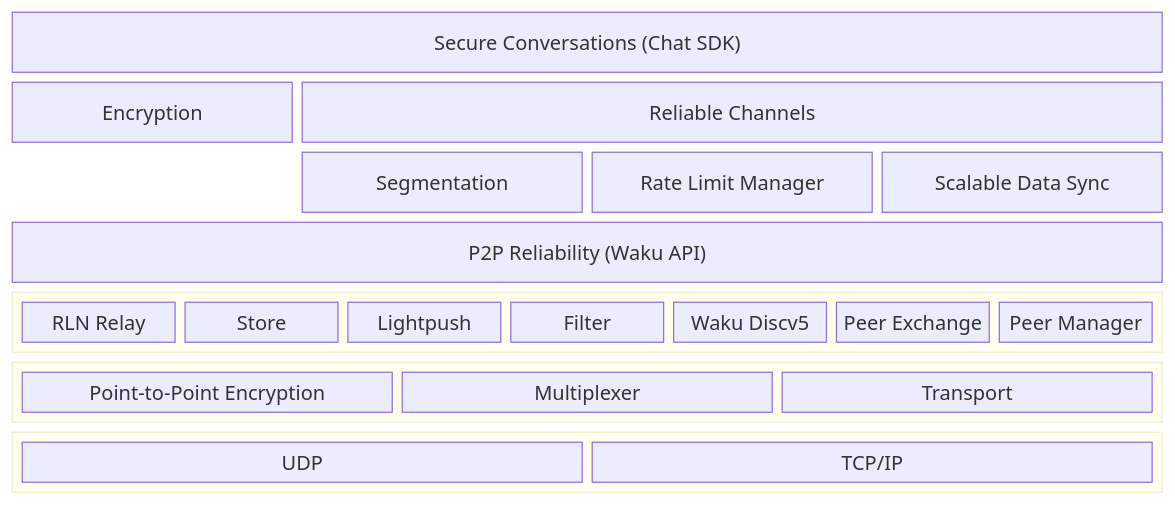
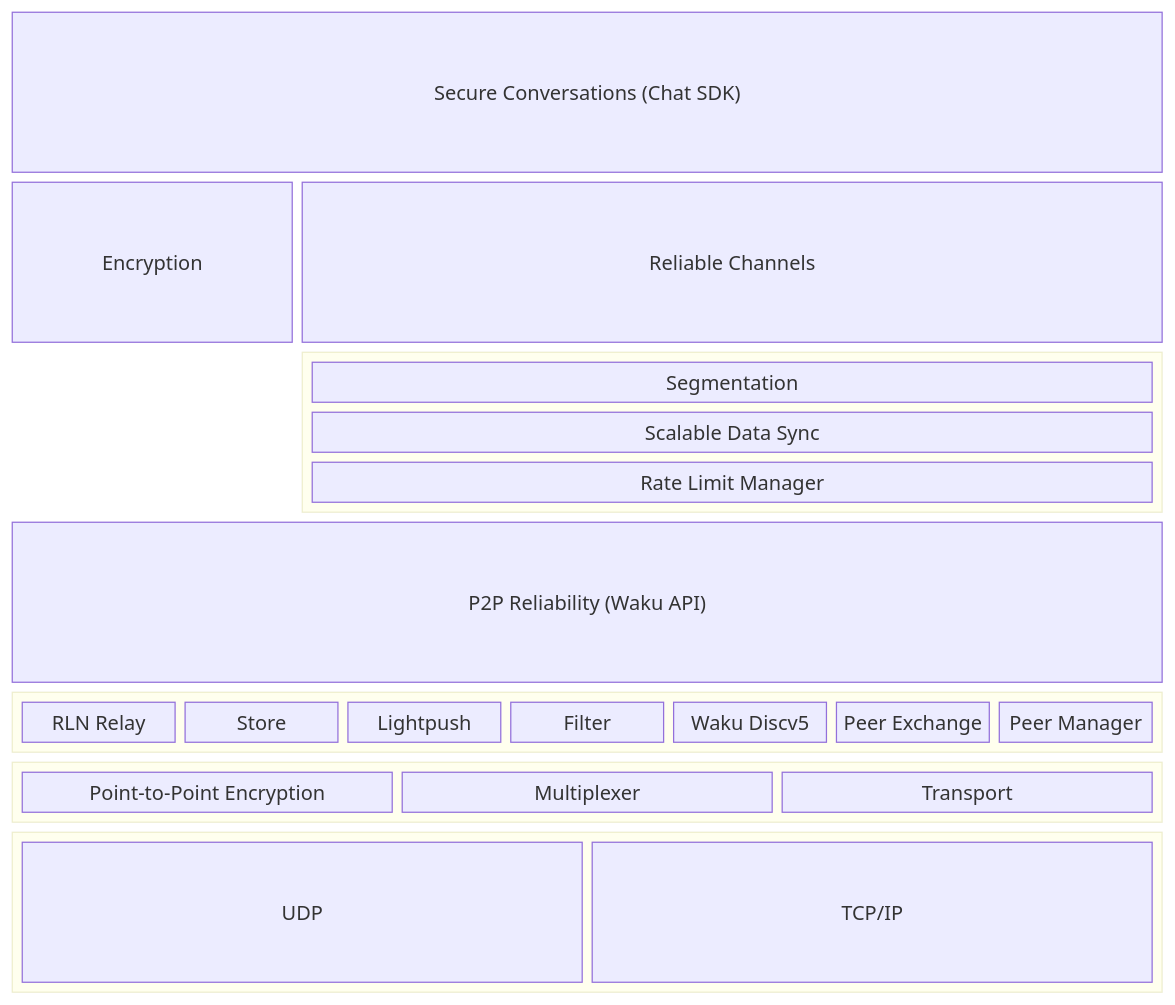
The diagram in ARCHITECTURE.md (waku-org/pm), drawn with Mermaid before and after one commit.

Commit message:
clarify layer ordering in reliable channels

````diff
--- a/ARCHITECTURE.md
+++ b/ARCHITECTURE.md
@@ -6,37 +6,40 @@
 ```mermaid
 block-beta
     columns 4
     sc["Secure Conversations (Chat SDK)"]:4
     
     e["Encryption"]:1
-    rc["Reliable Channels"]:3
+    rc["Reliable Channels"]:3    
+    space:1
     
-    space:1
-    sg["Segmentation"]:1
-    rlm["Rate Limit Manager"]:1
-    sds["Scalable Data Sync"]:1
+    block:reliablechannels:3
+        columns 1
+        sg["Segmentation"]:1
+        sds["Scalable Data Sync"]:1
+        rlm["Rate Limit Manager"]:1
+    end
 
     P2PReliability["P2P Reliability (Waku API)"]:4
     block:wakuapi:4
         columns 7
         RLNRelay["RLN Relay"]:1
         Store["Store"]:1
         Lightpush["Lightpush"]:1
         Filter["Filter"]:1
         Discv5["Waku Discv5"]:1
         PeerExchange["Peer Exchange"]:1
         PeerManager["Peer Manager"]:1
         
     end
     
     block:libp2p:4
         P2PEncryption["Point-to-Point Encryption"]
         Multiplexer["Multiplexer"]
         Transport["Transport"]
     end
     
     block:base:4
         UDP["UDP"]
         TCP["TCP/IP"]
     end
 ```
````
